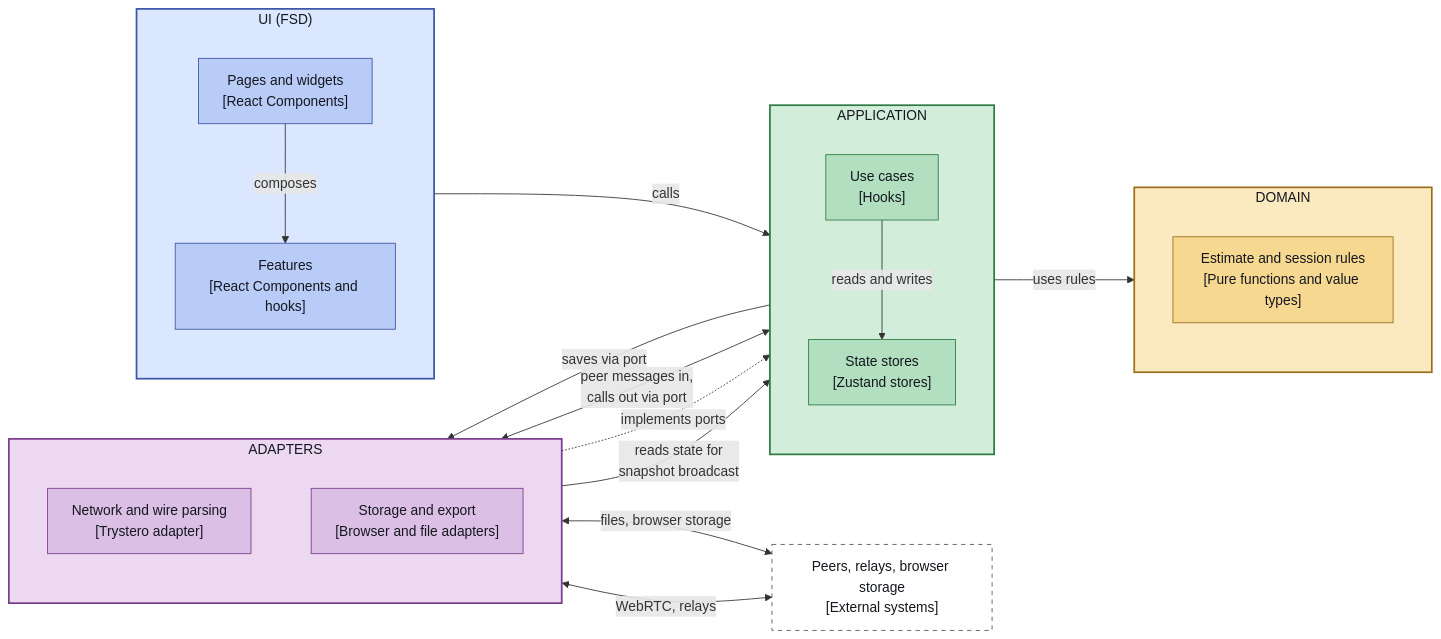
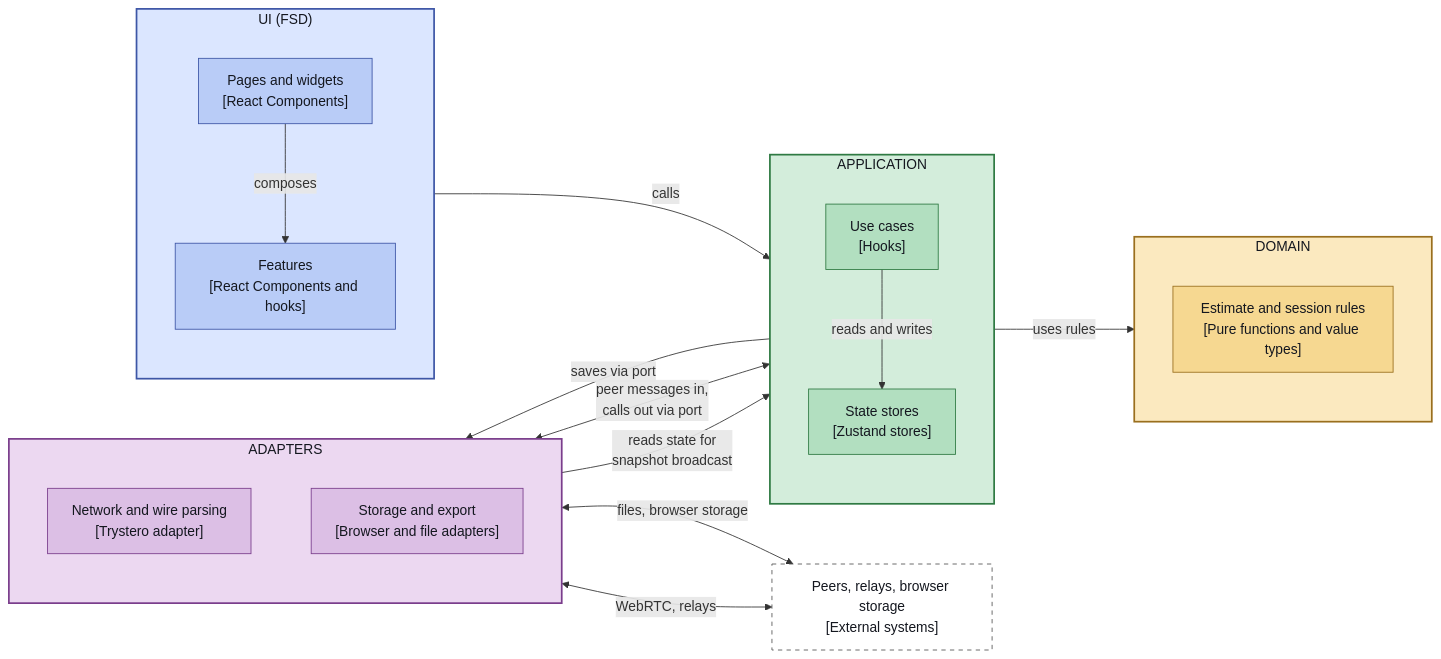
One commit to cfisch3r/estimate changed the second of 2 diagrams in docs/adr/009-architecture-style-fsd-vs-hexagonal-core.md. Above: the diagram before and after it, drawn with Mermaid. The commit also changed other lines of this file, not shown here.

Commit message:
docs: add a lane view to ADR-009 so the implements-ports edge is legible

````diff
--- a/docs/adr/009-architecture-style-fsd-vs-hexagonal-core.md
+++ b/docs/adr/009-architecture-style-fsd-vs-hexagonal-core.md
@@ -76,48 +109,47 @@
 ```mermaid
 %%{init: {"flowchart": {"nodeSpacing": 70, "rankSpacing": 90, "padding": 14}}}%%
 flowchart LR
   subgraph UI["UI (FSD)"]
     direction TB
     Pages["Pages and widgets<br/>[React Components]"]
     Features["Features<br/>[React Components and hooks]"]
   end
   subgraph APP["APPLICATION"]
     direction TB
     UseCases["Use cases<br/>[Hooks]"]
     Stores["State stores<br/>[Zustand stores]"]
   end
   subgraph AD["ADAPTERS"]
     direction TB
     Net["Network and wire parsing<br/>[Trystero adapter]"]
     Store["Storage and export<br/>[Browser and file adapters]"]
   end
   subgraph DOM["DOMAIN"]
     direction TB
     Core["Estimate and session rules<br/>[Pure functions and value types]"]
   end
   Ext["Peers, relays, browser storage<br/>[External systems]"]
   Pages -->|composes| Features
   Features -->|calls| UseCases
   UseCases -->|uses rules| Core
   UseCases -->|reads and writes| Stores
   UseCases <-->|peer messages in,<br/>calls out via port| Net
   UseCases -->|saves via port| Store
   Net -->|reads state for<br/>snapshot broadcast| Stores
   Net <-->|WebRTC, relays| Ext
   Store <-->|files, browser storage| Ext
-  AD -.->|implements ports| APP
   style UI fill:#dbe6ff,stroke:#3d56a6,stroke-width:2px,color:#14171f
   style APP fill:#d3eddb,stroke:#2f7a43,stroke-width:2px,color:#14171f
   style DOM fill:#fbe9bf,stroke:#9a6f1e,stroke-width:2px,color:#14171f
   style AD fill:#ecd8f1,stroke:#7a3d8c,stroke-width:2px,color:#14171f
   classDef ui fill:#b9ccf7,stroke:#3d56a6,color:#14171f
   classDef app fill:#b2dfc0,stroke:#2f7a43,color:#14171f
   classDef dom fill:#f6d891,stroke:#9a6f1e,color:#14171f
   classDef ad fill:#dcbfe5,stroke:#7a3d8c,color:#14171f
   classDef ext fill:#ffffff,stroke:#555555,color:#14171f,stroke-dasharray: 5 5
   class Pages,Features ui
   class UseCases,Stores app
   class Core dom
   class Net,Store ad
   class Ext ext
 ```
````
